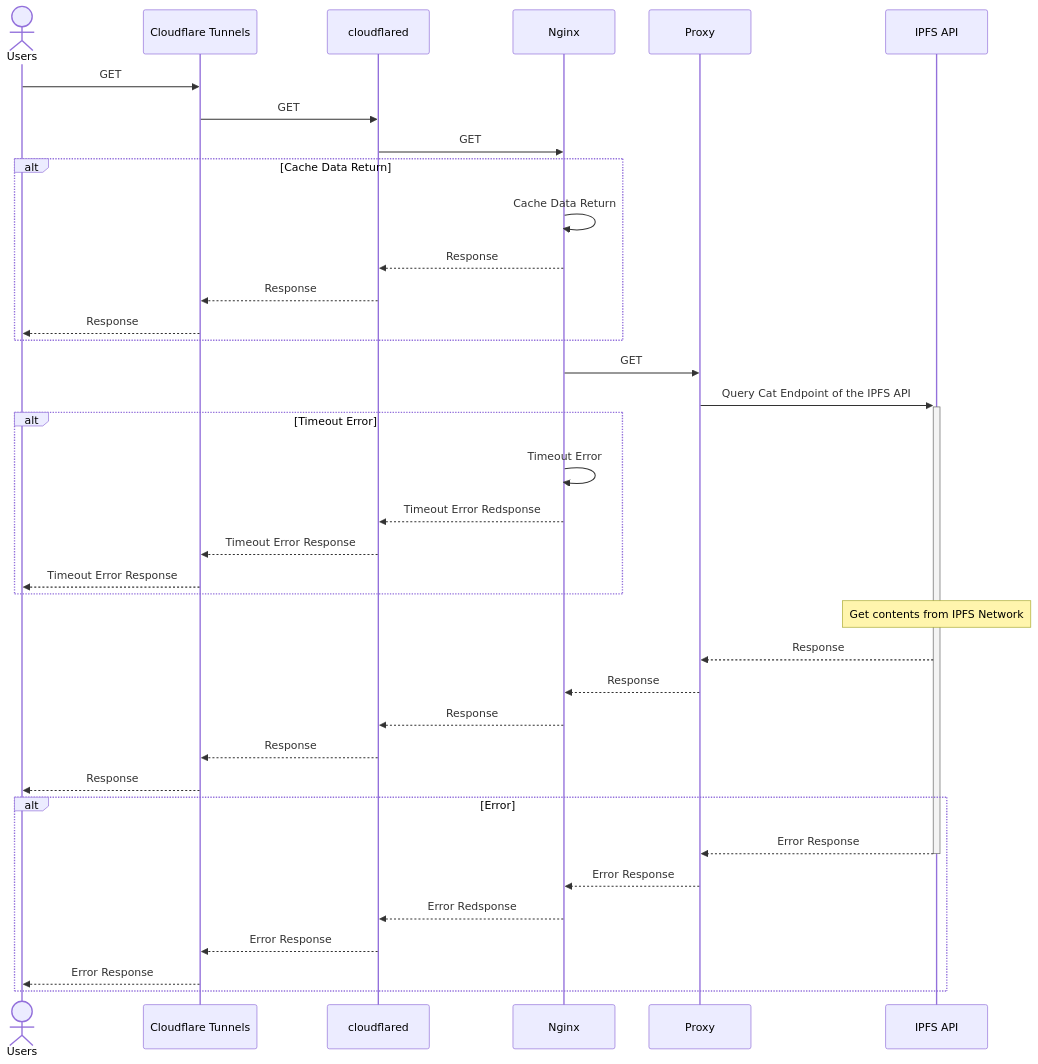
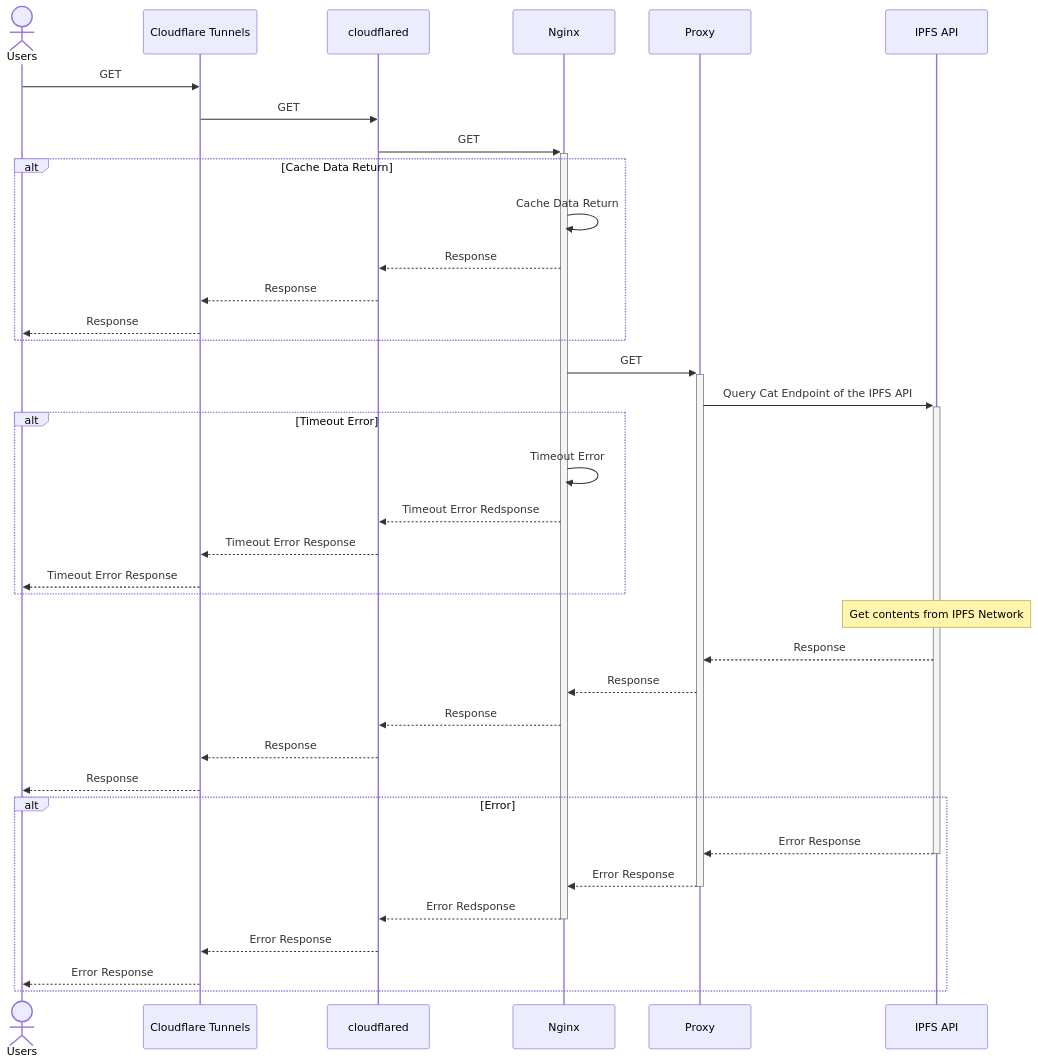
Before and after one commit to redpeacock78/deno-ipfs-gateway: the second of 2 diagrams in README.md, drawn with Mermaid.

````diff
--- a/README.md
+++ b/README.md
@@ -143,34 +143,34 @@
 ```mermaid
 sequenceDiagram
     actor Users
     Users ->> Cloudflare Tunnels: GET
     Cloudflare Tunnels ->> cloudflared: GET
-    cloudflared ->> Nginx: GET
+    cloudflared ->>+ Nginx: GET
     alt Cache Data Return
       Nginx ->> Nginx: Cache Data Return
       Nginx -->> cloudflared: Response
       cloudflared -->> Cloudflare Tunnels: Response
       Cloudflare Tunnels -->> Users: Response
     end
-    Nginx ->> Proxy: GET
+    Nginx ->>+ Proxy: GET
     Proxy ->>+ IPFS API: Query Cat Endpoint of the IPFS API
     alt Timeout Error
       Nginx ->> Nginx: Timeout Error
       Nginx -->> cloudflared: Timeout Error Redsponse
       cloudflared -->> Cloudflare Tunnels: Timeout Error Response
       Cloudflare Tunnels -->> Users: Timeout Error Response
     end
     Note over IPFS API: Get contents from IPFS Network
     IPFS API -->> Proxy: Response
     Proxy -->> Nginx: Response
     Nginx -->> cloudflared: Response
     cloudflared -->> Cloudflare Tunnels: Response
     Cloudflare Tunnels -->> Users: Response
     alt Error
       IPFS API -->>- Proxy: Error Response
-      Proxy -->> Nginx: Error Response
-      Nginx -->> cloudflared: Error Redsponse
+      Proxy -->>- Nginx: Error Response
+      Nginx -->>- cloudflared: Error Redsponse
       cloudflared -->> Cloudflare Tunnels: Error Response
       Cloudflare Tunnels -->> Users: Error Response
     end
 ```
````
